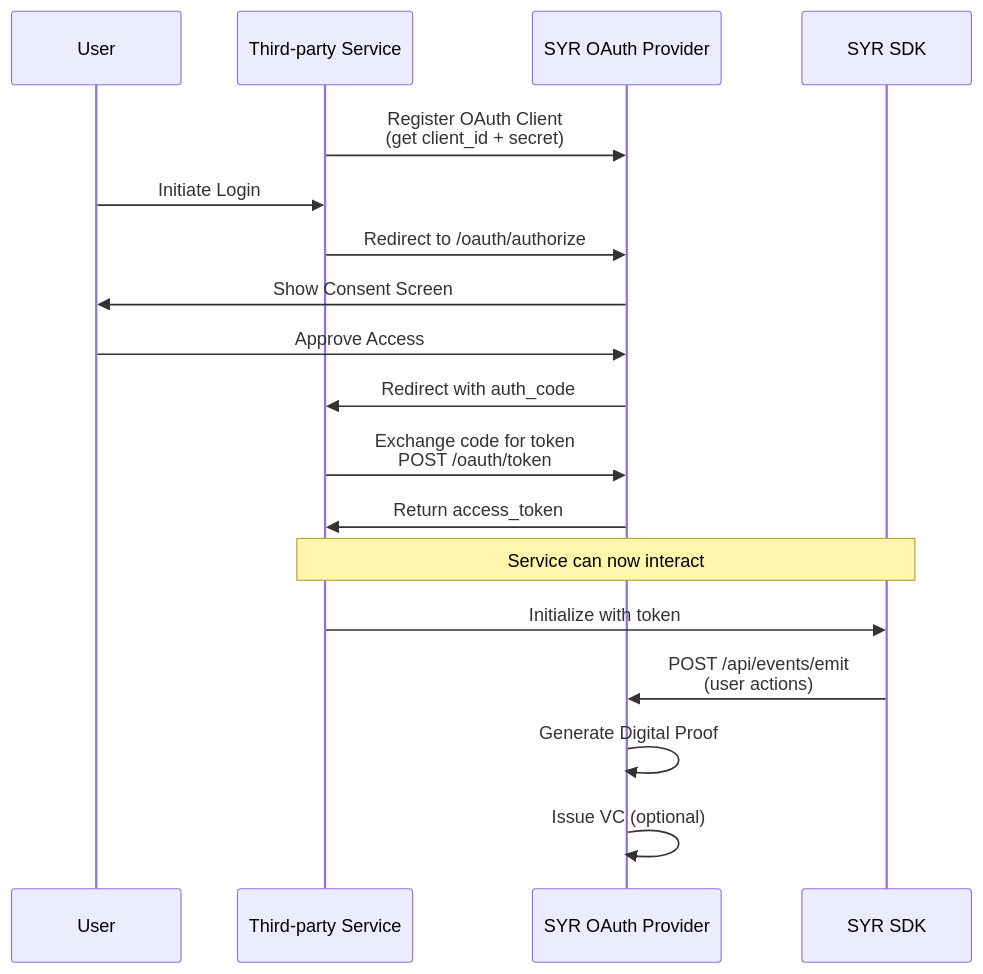
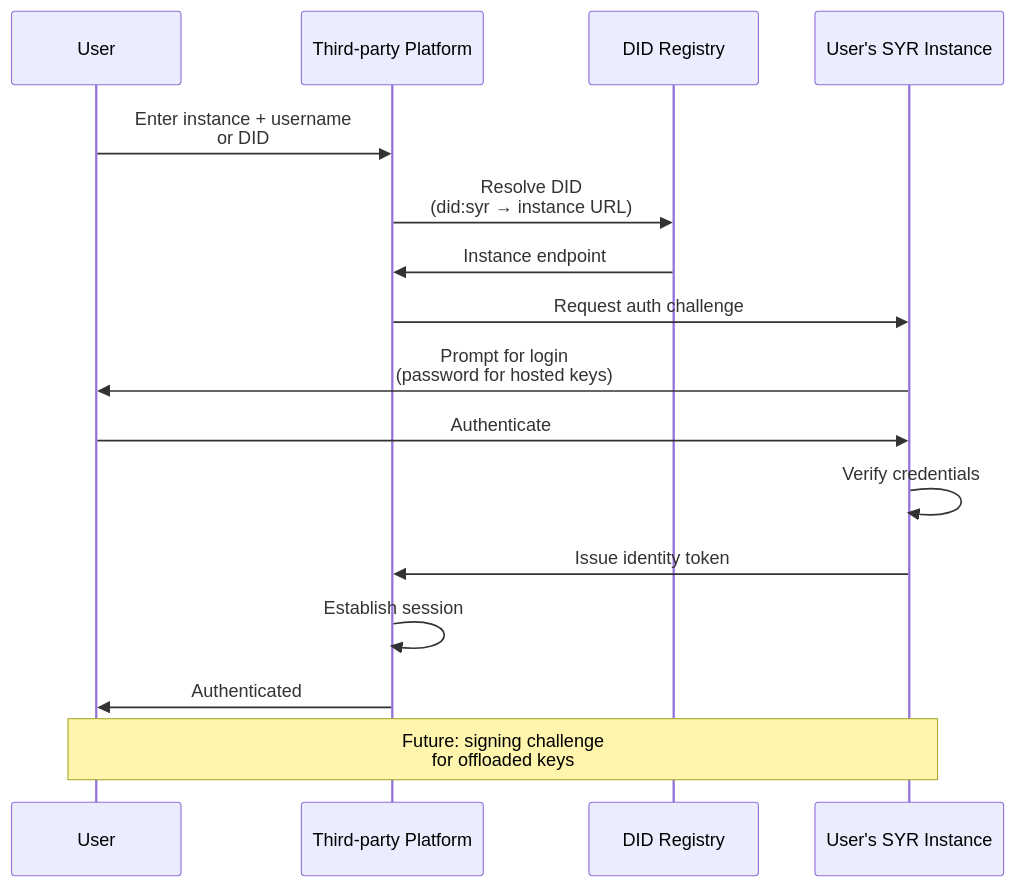
The seventh of 19 diagrams in Architecture.md (syr-is/syr), drawn with Mermaid before and after one commit. The commit also changed other lines of this file and 491 other files, not shown here.

````diff
--- a/Architecture.md
+++ b/Architecture.md
@@ -273,24 +304,21 @@
 ```mermaid
 sequenceDiagram
     participant User
-    participant Service as Third-party Service
-    participant SYR as SYR OAuth Provider
-    participant SDK as SYR SDK
+    participant Platform as Third-party Platform
+    participant Registry as DID Registry
+    participant SYR as User's SYR Instance
 
-    Service->>SYR: Register OAuth Client<br/>(get client_id + secret)
+    User->>Platform: Enter instance + username<br/>or DID
+    Platform->>Registry: Resolve DID<br/>(did:syr → instance URL)
+    Registry->>Platform: Instance endpoint
 
-    User->>Service: Initiate Login
-    Service->>SYR: Redirect to /oauth/authorize
-    SYR->>User: Show Consent Screen
-    User->>SYR: Approve Access
-    SYR->>Service: Redirect with auth_code
-    Service->>SYR: Exchange code for token<br/>POST /oauth/token
-    SYR->>Service: Return access_token
+    Platform->>SYR: Request auth challenge
+    SYR->>User: Prompt for login<br/>(password for hosted keys)
+    User->>SYR: Authenticate
+    SYR->>SYR: Verify credentials
+    SYR->>Platform: Issue identity token
+    Platform->>Platform: Establish session
+    Platform->>User: Authenticated
 
-    Note over Service,SDK: Service can now interact
-
-    Service->>SDK: Initialize with token
-    SDK->>SYR: POST /api/events/emit<br/>(user actions)
-    SYR->>SYR: Generate Digital Proof
-    SYR->>SYR: Issue VC (optional)
+    Note over User,SYR: Future: signing challenge<br/>for offloaded keys
 ```
````
